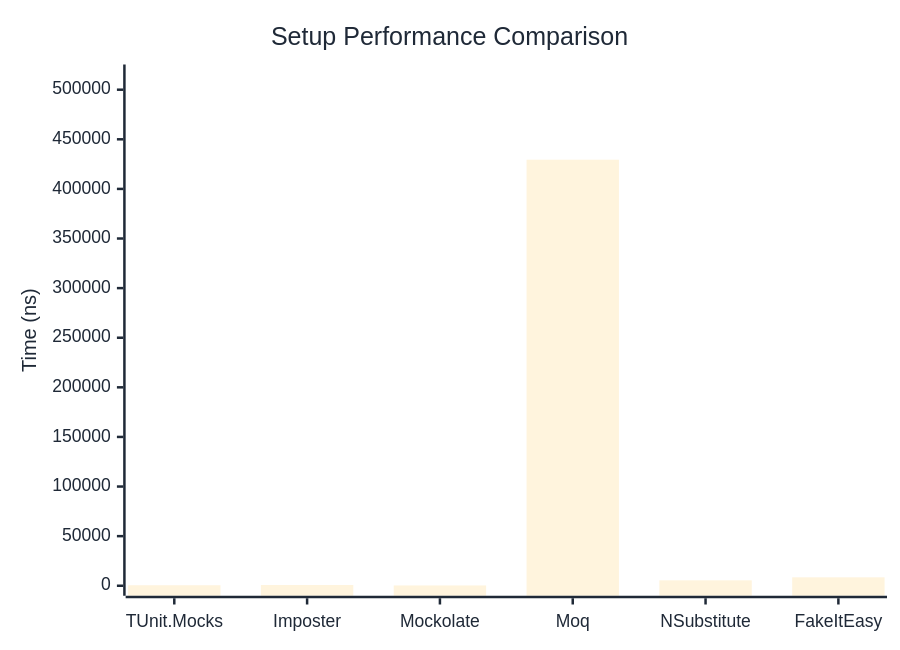
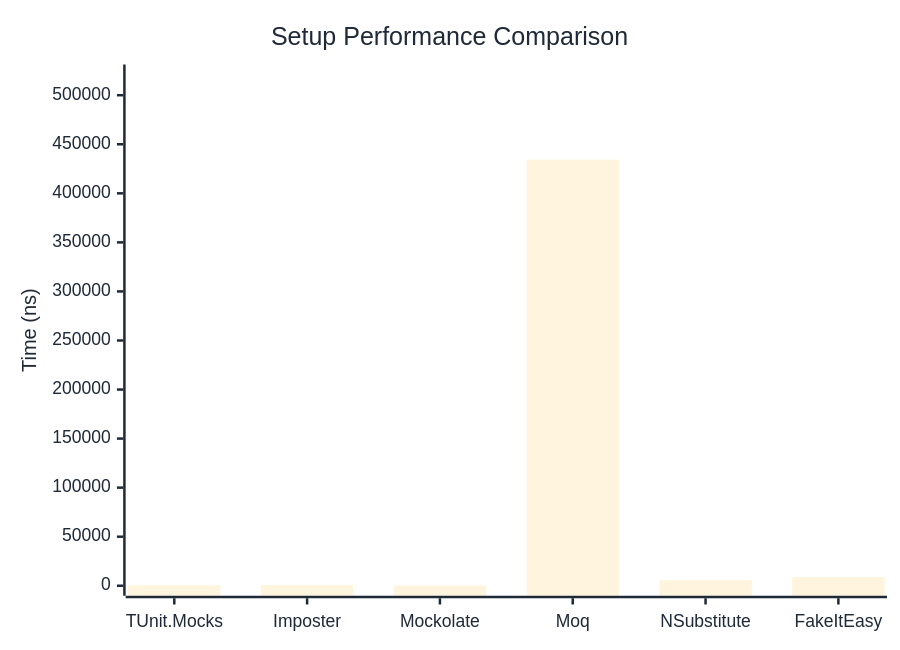
The first of 2 diagrams in docs/docs/benchmarks/mocks/Setup.md (thomhurst/TUnit), drawn with Mermaid before and after one commit. The commit also changed other lines of this file and 14 other files, not shown here.

````diff
--- a/docs/docs/benchmarks/mocks/Setup.md
+++ b/docs/docs/benchmarks/mocks/Setup.md
@@ -30,27 +30,27 @@
 ```mermaid
 %%{init: {
   'theme':'base',
   'themeVariables': {
     'primaryColor': '#2563eb',
     'primaryTextColor': '#1f2937',
     'primaryBorderColor': '#1e40af',
     'lineColor': '#6b7280',
     'secondaryColor': '#7c3aed',
     'tertiaryColor': '#dc2626',
     'background': '#ffffff',
     'pie1': '#2563eb',
     'pie2': '#7c3aed',
     'pie3': '#dc2626',
     'pie4': '#f59e0b',
     'pie5': '#10b981',
     'pie6': '#06b6d4',
     'pie7': '#ec4899',
     'pie8': '#6366f1'
   }
 }}%%
 xychart-beta
   title "Setup Performance Comparison"
   x-axis ["TUnit.Mocks", "Imposter", "Mockolate", "Moq", "NSubstitute", "FakeItEasy"]
-  y-axis "Time (ns)" 0 --> 515318
-  bar [511, 767.8, 300, 429431.1, 5452, 8484.4]
+  y-axis "Time (ns)" 0 --> 521123
+  bar [547.9, 816.9, 306, 434269.1, 5655.1, 8761.6]
 ```
````
